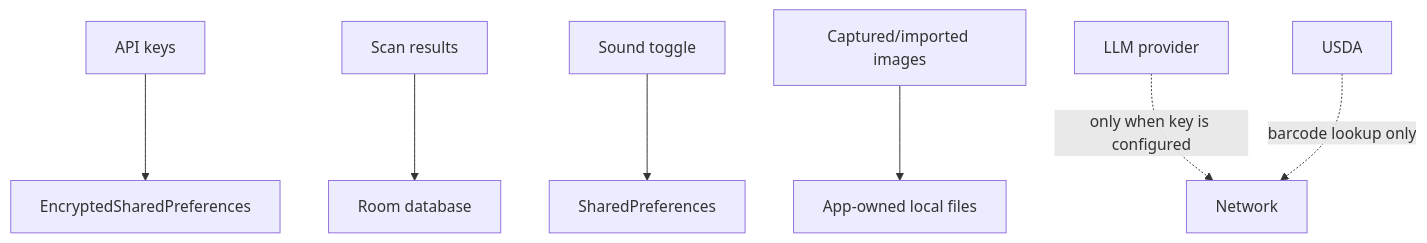
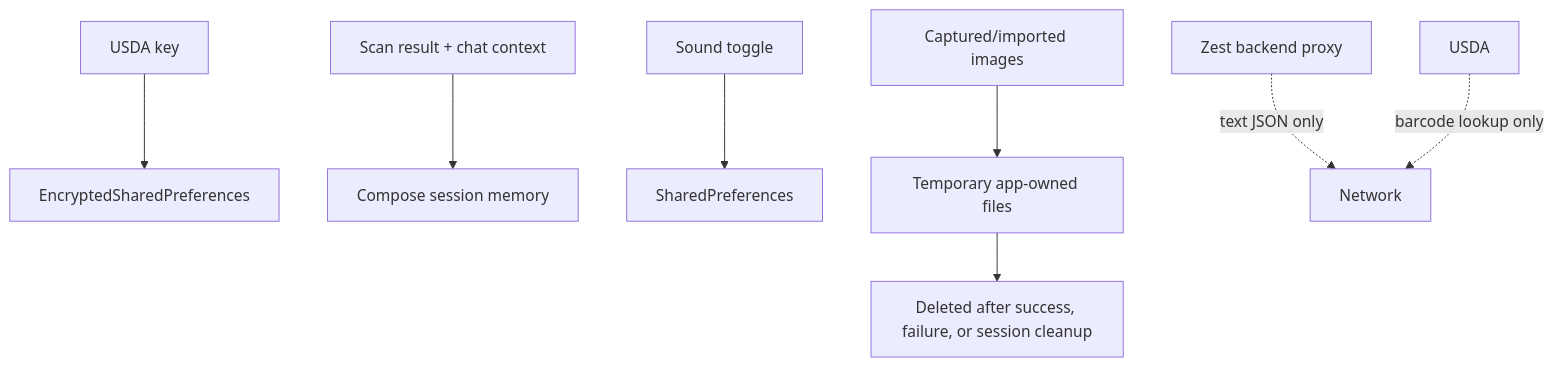
The eighth of 8 diagrams in documentation/00-android-app-guide.md (Bhagat-Atul/ultraprocessed), drawn with Mermaid before and after one commit. The commit also changed other lines of this file and 54 other files, not shown here.

Commit message:
GCP Backend Migration | /chat Endpoint

````diff
--- a/documentation/00-android-app-guide.md
+++ b/documentation/00-android-app-guide.md
@@ -211,9 +206,10 @@
 ```mermaid
 flowchart TB
-    Secrets[API keys] --> Encrypted[EncryptedSharedPreferences]
-    History[Scan results] --> Room[Room database]
+    Secrets[USDA key] --> Encrypted[EncryptedSharedPreferences]
+    Results[Scan result + chat context] --> Memory[Compose session memory]
     Sound[Sound toggle] --> Prefs[SharedPreferences]
-    Images[Captured/imported images] --> Files[App-owned local files]
-    LLM[LLM provider] -. only when key is configured .-> Network[Network]
+    Images[Captured/imported images] --> Temporary[Temporary app-owned files]
+    Temporary --> Cleanup[Deleted after success, failure, or session cleanup]
+    Proxy[Zest backend proxy] -. text JSON only .-> Network[Network]
     USDA[USDA] -. barcode lookup only .-> Network
 ```
````
